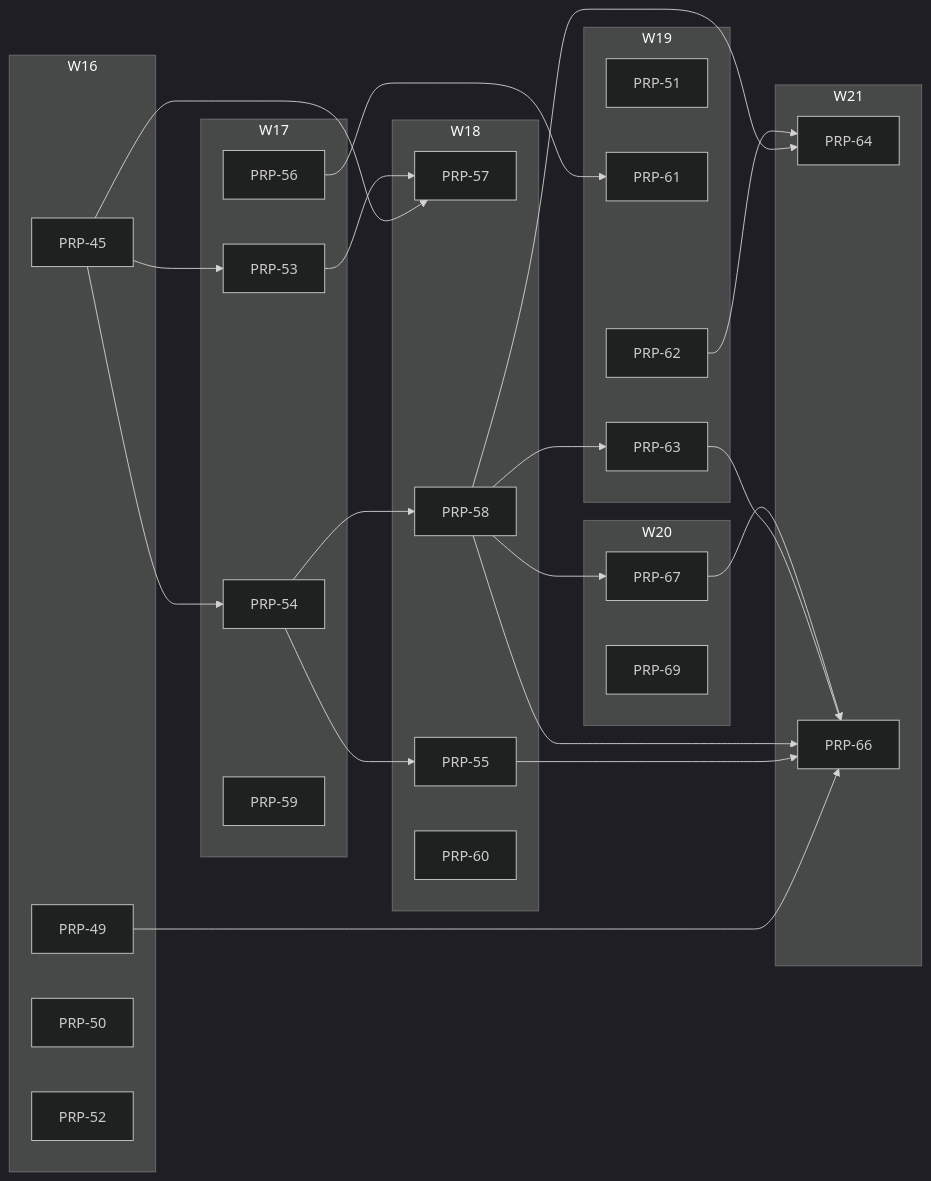
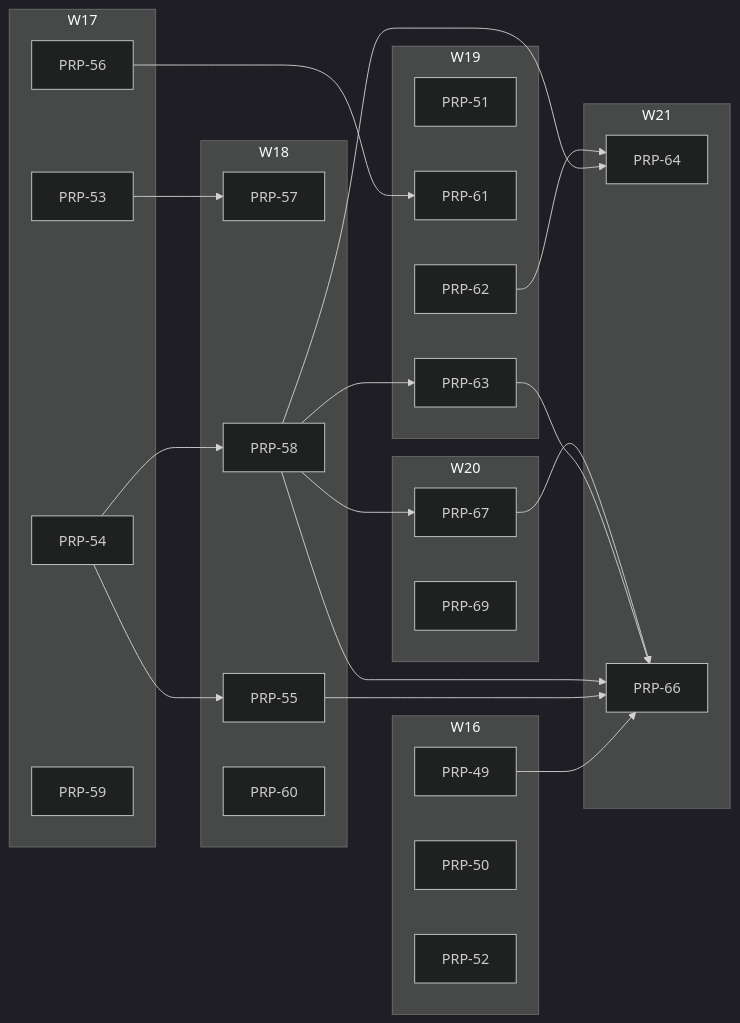
One commit to fgarofalo56/neurosphere changed the diagram in PRPs/EXECUTION-PLAN.md. Above: the diagram before and after it, drawn with Mermaid (dark theme). The commit also changed other lines of this file and 13 other files, not shown here.

````diff
--- a/PRPs/EXECUTION-PLAN.md
+++ b/PRPs/EXECUTION-PLAN.md
@@ -119,51 +118,47 @@
 ```mermaid
 flowchart LR
   subgraph W16
-    P45["PRP-45"]
     P49["PRP-49"]
     P50["PRP-50"]
     P52["PRP-52"]
   end
   subgraph W17
     P53["PRP-53"]
     P54["PRP-54"]
     P56["PRP-56"]
     P59["PRP-59"]
   end
   subgraph W18
     P57["PRP-57"]
     P55["PRP-55"]
     P58["PRP-58"]
     P60["PRP-60"]
   end
   subgraph W19
     P51["PRP-51"]
     P61["PRP-61"]
     P62["PRP-62"]
     P63["PRP-63"]
   end
   subgraph W20
     P67["PRP-67"]
     P69["PRP-69"]
   end
   subgraph W21
     P64["PRP-64"]
     P66["PRP-66"]
   end
-  P45 --> P53
-  P45 --> P54
   P54 --> P55
-  P45 --> P57
   P53 --> P57
   P54 --> P58
   P56 --> P61
   P58 --> P63
   P58 --> P64
   P62 --> P64
   P49 --> P66
   P55 --> P66
   P58 --> P66
   P63 --> P66
   P67 --> P66
   P58 --> P67
 ```
````
